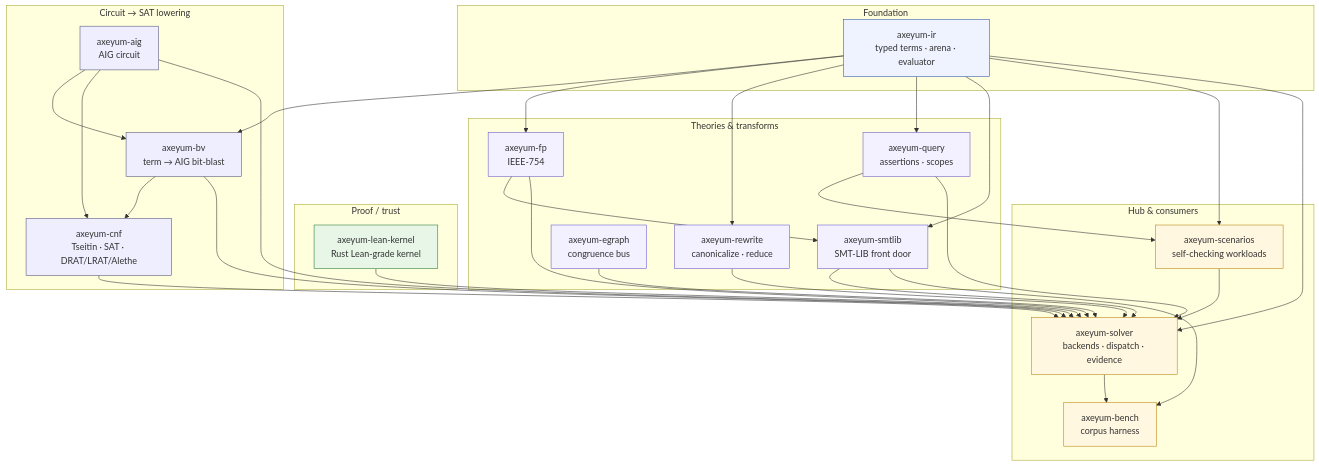
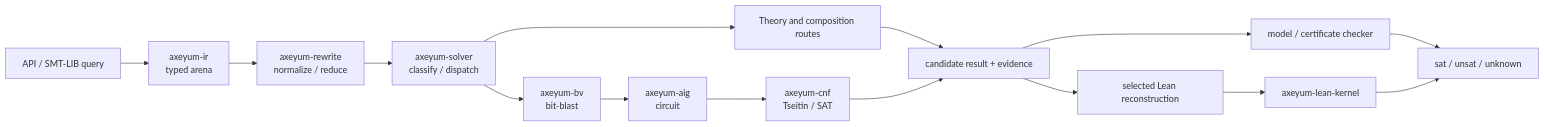
Before and after one commit to mjbommar/axeyum: the diagram in docs/internals/architecture.md, drawn with Mermaid. The commit also changed other lines of this file and 15 other files, not shown here.

Commit message:
docs: complete internals architecture guide

````diff
--- a/docs/internals/architecture.md
+++ b/docs/internals/architecture.md
@@ -12,56 +14,17 @@
 ```mermaid
-flowchart TD
-    subgraph foundation["Foundation"]
-        ir["axeyum-ir<br/>typed terms · arena · evaluator"]
-    end
-    subgraph circuit["Circuit → SAT lowering"]
-        aig["axeyum-aig<br/>AIG circuit"]
-        bv["axeyum-bv<br/>term → AIG bit-blast"]
-        cnf["axeyum-cnf<br/>Tseitin · SAT · DRAT/LRAT/Alethe"]
-    end
-    subgraph theories["Theories & transforms"]
-        fp["axeyum-fp<br/>IEEE-754"]
-        rewrite["axeyum-rewrite<br/>canonicalize · reduce"]
-        egraph["axeyum-egraph<br/>congruence bus"]
-        query["axeyum-query<br/>assertions · scopes"]
-        smtlib["axeyum-smtlib<br/>SMT-LIB front door"]
-    end
-    subgraph proof["Proof / trust"]
-        lean["axeyum-lean-kernel<br/>Rust Lean-grade kernel"]
-    end
-    subgraph hub["Hub & consumers"]
-        solver["axeyum-solver<br/>backends · dispatch · evidence"]
-        scenarios["axeyum-scenarios<br/>self-checking workloads"]
-        bench["axeyum-bench<br/>corpus harness"]
-    end
-
-    ir --> bv & fp & rewrite & query & smtlib & scenarios
-    aig --> bv --> cnf
-    aig --> cnf
-    fp --> smtlib
-    query --> scenarios
-    ir --> solver
-    aig --> solver
-    bv --> solver
-    cnf --> solver
-    fp --> solver
-    rewrite --> solver
-    egraph --> solver
-    query --> solver
-    smtlib --> solver
-    scenarios --> solver
-    lean --> solver
-    solver --> bench
-    smtlib --> bench
-
-    classDef base fill:#eef3ff,stroke:#3355aa;
-    classDef low fill:#eef,stroke:#557;
-    classDef th fill:#f3f0ff,stroke:#6a5acd;
-    classDef pf fill:#e7f6e7,stroke:#2e7d32;
-    classDef hb fill:#fff7e0,stroke:#b8860b;
-    class ir base;
-    class aig,bv,cnf low;
-    class fp,rewrite,egraph,query,smtlib th;
-    class lean pf;
-    class solver,scenarios,bench hb;
+flowchart LR
+    input["API / SMT-LIB query"] --> ir["axeyum-ir<br/>typed arena"]
+    ir --> rewrite["axeyum-rewrite<br/>normalize / reduce"]
+    rewrite --> dispatch["axeyum-solver<br/>classify / dispatch"]
+    dispatch --> theory["Theory and composition routes"]
+    dispatch --> bv["axeyum-bv<br/>bit-blast"]
+    bv --> aig["axeyum-aig<br/>circuit"]
+    aig --> cnf["axeyum-cnf<br/>Tseitin / SAT"]
+    theory --> result["candidate result + evidence"]
+    cnf --> result
+    result --> replay["model / certificate checker"]
+    result --> reconstruct["selected Lean reconstruction"]
+    reconstruct --> lean["axeyum-lean-kernel"]
+    replay --> verdict["sat / unsat / unknown"]
+    lean --> verdict
 ```
````
